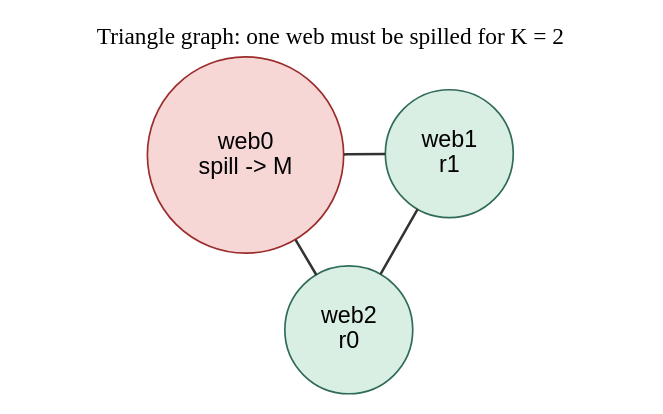
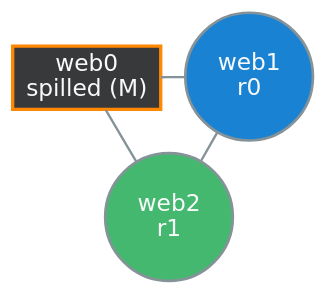
Before and after one commit to AlexDTT/CompilerRegisterAllocationProject: the diagram in dox/example_spilling.dot, drawn with Graphviz. The commit also changed 88 other files, not shown here.

```diff
--- a/dox/example_spilling.dot
+++ b/dox/example_spilling.dot
@@ -1,17 +1,15 @@
 graph spilling_example {
     layout=neato;
     overlap=false;
-    node [shape=circle, style=filled, fontname="Helvetica"];
-    edge [color="#333333", penwidth=1.5];
+    bgcolor="transparent";
+    node [shape=circle, style=filled, fontname="DejaVu Sans", fontcolor="#f8f9fa", color="#859399", penwidth=1.6];
+    edge [color="#859399", penwidth=1.4];
 
-    web0 [label="web0\nspill -> M", fillcolor="#f7d6d6", color="#9b2c2c"];
-    web1 [label="web1\nr1", fillcolor="#d9efe4", color="#2f6b56"];
-    web2 [label="web2\nr0", fillcolor="#d9efe4", color="#2f6b56"];
+    web0 [label="web0\nspilled (M)", fillcolor="#38393b", color="#ff8800", shape=box, penwidth=2.0];
+    web1 [label="web1\nr0", fillcolor="#1982d2"];
+    web2 [label="web2\nr1", fillcolor="#44b86f"];
 
     web0 -- web1;
     web1 -- web2;
     web2 -- web0;
-
-    label="Triangle graph: one web must be spilled for K = 2";
-    labelloc=t;
 }
```
